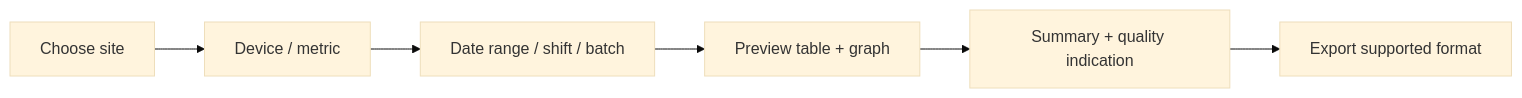
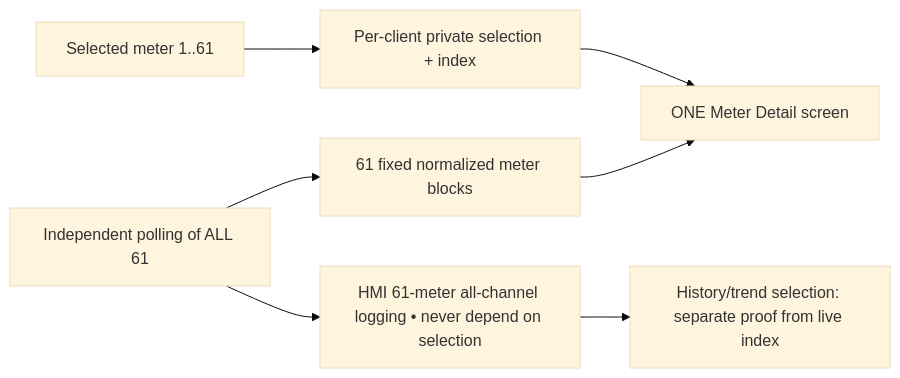
Before and after one commit to raohassandev/Weintek-Macro-Javascript-based-reporting: the third of 5 diagrams in docs/VISUAL_PLAN.md, drawn with Mermaid (base theme). The commit also changed other lines of this file and 27 other files, not shown here.

Commit message:
feat: Weintek-only UCS architecture, role homes and HTML/demo research (#26)

````diff
--- a/docs/VISUAL_PLAN.md
+++ b/docs/VISUAL_PLAN.md
@@ -47,8 +51,9 @@
 ```mermaid
 flowchart LR
-    A["Choose site"] --> B["Device / metric"]
-    B --> C["Date range / shift / batch"]
-    C --> D["Preview table + graph"]
-    D --> E["Summary + quality indication"]
-    E --> F["Export supported format"]
+    BTN["Selected meter 1..61"] --> ID["Per-client private selection + index"]
+    ID --> DETAIL["ONE Meter Detail screen"]
+    ACQ["Independent polling of ALL 61"] --> CACHE["61 fixed normalized meter blocks"]
+    CACHE --> DETAIL
+    ACQ --> LOG["HMI 61-meter all-channel logging • never depend on selection"]
+    LOG --> T["History/trend selection: separate proof from live index"]
 ```
````
